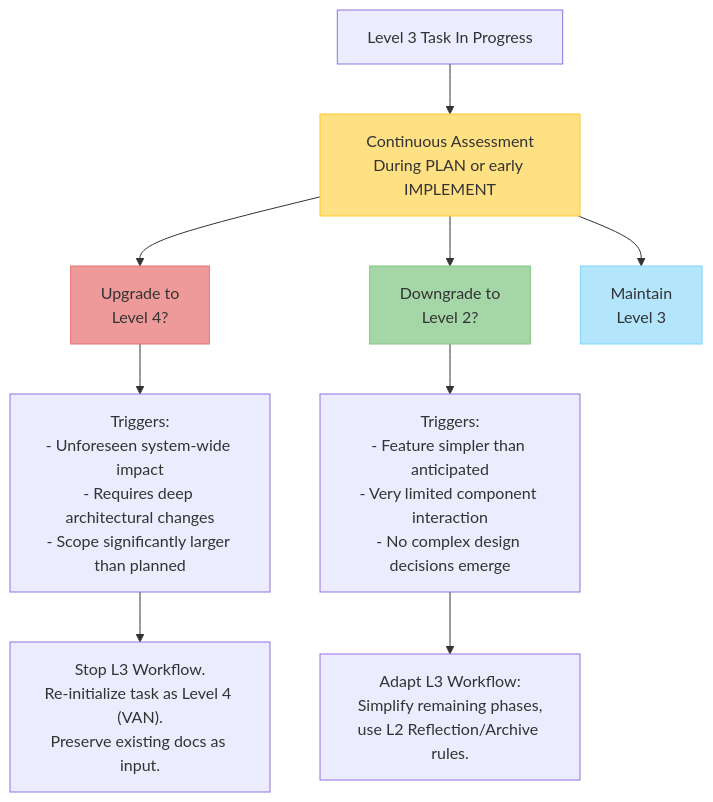
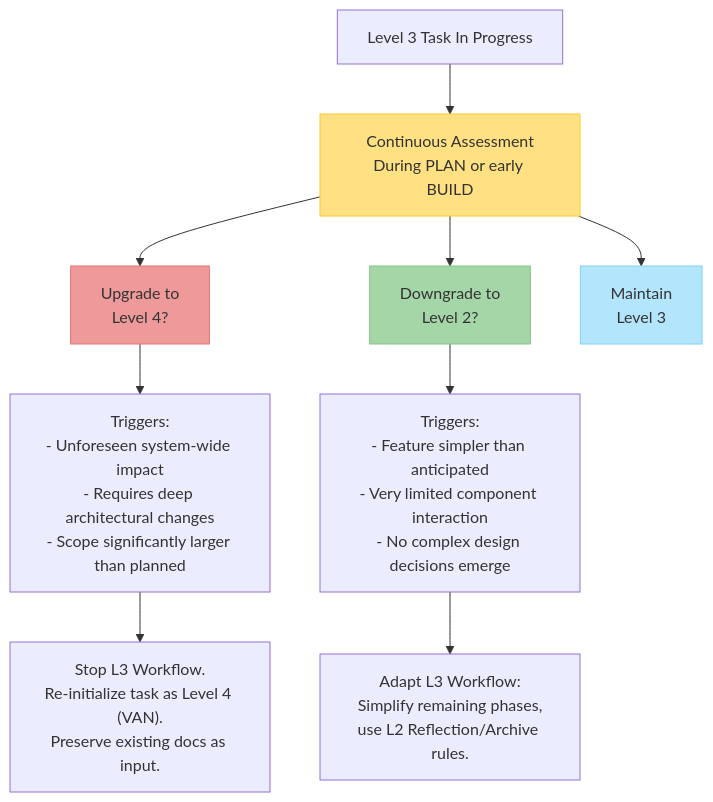
The second of 8 diagrams in .cursor/rules/isolation_rules/Level3/workflow-level3.mdc (aleasweb/cityQuest), drawn with Mermaid before and after one commit. The commit also changed other lines of this file and 26 other files, not shown here.

````diff
--- a/.cursor/rules/isolation_rules/Level3/workflow-level3.mdc
+++ b/.cursor/rules/isolation_rules/Level3/workflow-level3.mdc
@@ -47,19 +47,19 @@
 ```mermaid
 graph TD
-    L3["Level 3 Task In Progress"] --> Assess["Continuous Assessment<br>During PLAN or early IMPLEMENT"]
+    L3["Level 3 Task In Progress"] --> Assess["Continuous Assessment<br>During PLAN or early BUILD"]
 
     Assess --> Up["Upgrade to<br>Level 4?"]
     Assess --> Down["Downgrade to<br>Level 2?"]
     Assess --> MaintainL3["Maintain<br>Level 3"]
 
     Up --> L4Trigger["Triggers:<br>- Unforeseen system-wide impact<br>- Requires deep architectural changes<br>- Scope significantly larger than planned"]
     Down --> L2Trigger["Triggers:<br>- Feature simpler than anticipated<br>- Very limited component interaction<br>- No complex design decisions emerge"]
 
     L4Trigger --> L4Switch["Stop L3 Workflow.<br>Re-initialize task as Level 4 (VAN).<br>Preserve existing docs as input."]
     L2Trigger --> L2Switch["Adapt L3 Workflow:<br>Simplify remaining phases,<br>use L2 Reflection/Archive rules."]
     
     style Assess fill:#ffe082,stroke:#ffca28
     style Up fill:#ef9a9a,stroke:#e57373
     style Down fill:#a5d6a7,stroke:#81c784
     style MaintainL3 fill:#b3e5fc,stroke:#81d4fa
 ```
````
